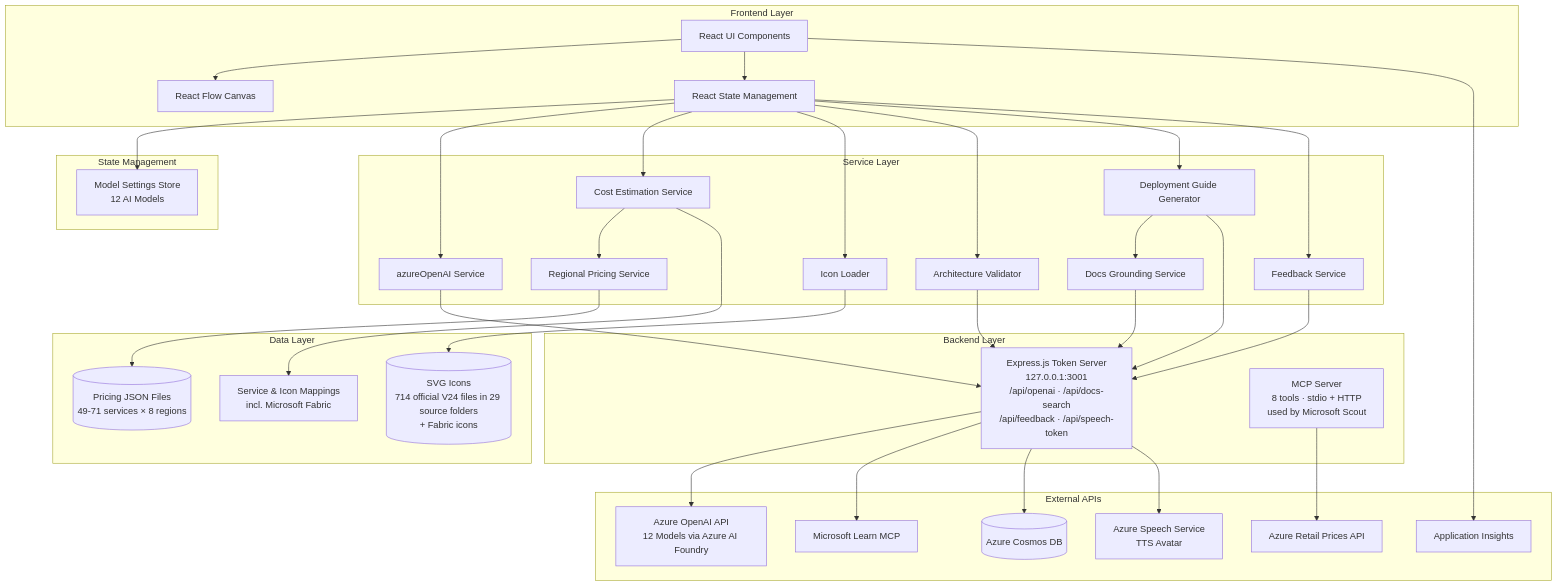
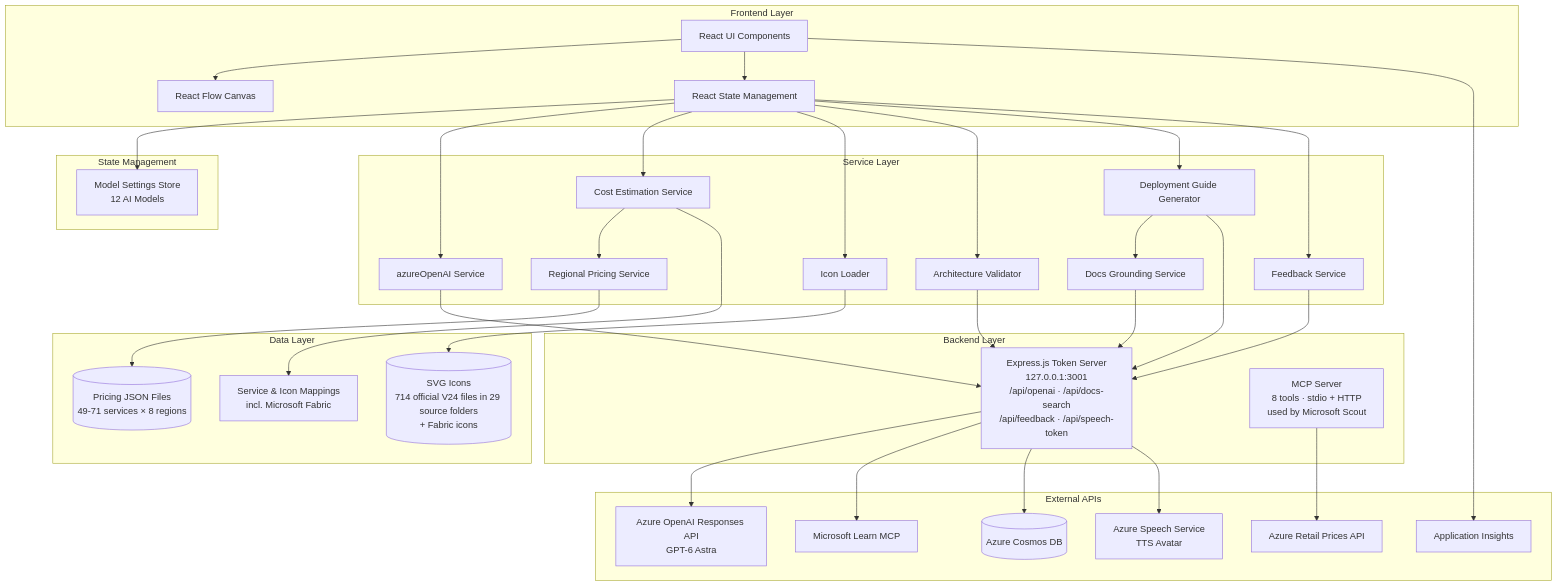
The first of 4 diagrams in DOCS/ARCHITECTURE.md (yang-jiayi/AzureDiagarm), drawn with Mermaid before and after one commit. The commit also changed other lines of this file and 156 other files, not shown here.

First line of the commit message:
Improve diagram workspace, BYO AI, and export consistency (#70)

````diff
--- a/DOCS/ARCHITECTURE.md
+++ b/DOCS/ARCHITECTURE.md
@@ -15,69 +15,69 @@
 ```mermaid
 graph TB
     subgraph "Frontend Layer"
         UI[React UI Components]
         RF[React Flow Canvas]
         State[React State Management]
     end
 
     subgraph "Service Layer"
         AI[azureOpenAI Service]
         Pricing[Cost Estimation Service]
         Regional[Regional Pricing Service]
         Icons[Icon Loader]
         Validator[Architecture Validator]
         DeployGen[Deployment Guide Generator]
         DocsGround[Docs Grounding Service]
         Feedback[Feedback Service]
     end
 
     subgraph "State Management"
         ModelStore[Model Settings Store<br/>12 AI Models]
     end
 
     subgraph "Data Layer"
         PricingData[(Pricing JSON Files<br/>49-71 services × 8 regions)]
         IconData[(SVG Icons<br/>714 official V24 files in 29 source folders<br/>+ Fabric icons)]
         Mappings[Service & Icon Mappings<br/>incl. Microsoft Fabric]
     end
 
     subgraph "Backend Layer"
         TokenServer[Express.js Token Server<br/>127.0.0.1:3001<br/>/api/openai · /api/docs-search<br/>/api/feedback · /api/speech-token]
         MCP[MCP Server<br/>8 tools · stdio + HTTP<br/>used by Microsoft Scout]
     end
 
     subgraph "External APIs"
-        OpenAI[Azure OpenAI API<br/>12 Models via Azure AI Foundry]
+        OpenAI[Azure OpenAI Responses API<br/>GPT-6 Astra]
         LearnMCP[Microsoft Learn MCP]
         AzureAPI[Azure Retail Prices API]
         Cosmos[(Azure Cosmos DB)]
         AppInsightsAPI[Application Insights]
         SpeechAPI[Azure Speech Service<br/>TTS Avatar]
     end
 
     UI --> RF
     UI --> State
     State --> ModelStore
     State --> AI
     State --> Pricing
     State --> Icons
     State --> Validator
     State --> DeployGen
     State --> Feedback
     DeployGen --> DocsGround
     AI --> TokenServer
     Validator --> TokenServer
     DeployGen --> TokenServer
     DocsGround --> TokenServer
     Feedback --> TokenServer
     Pricing --> Regional
     Regional --> PricingData
     Icons --> IconData
     Pricing --> Mappings
     TokenServer --> OpenAI
     TokenServer --> LearnMCP
     TokenServer --> Cosmos
     TokenServer --> SpeechAPI
     UI --> AppInsightsAPI
     MCP --> AzureAPI
 ```
````
